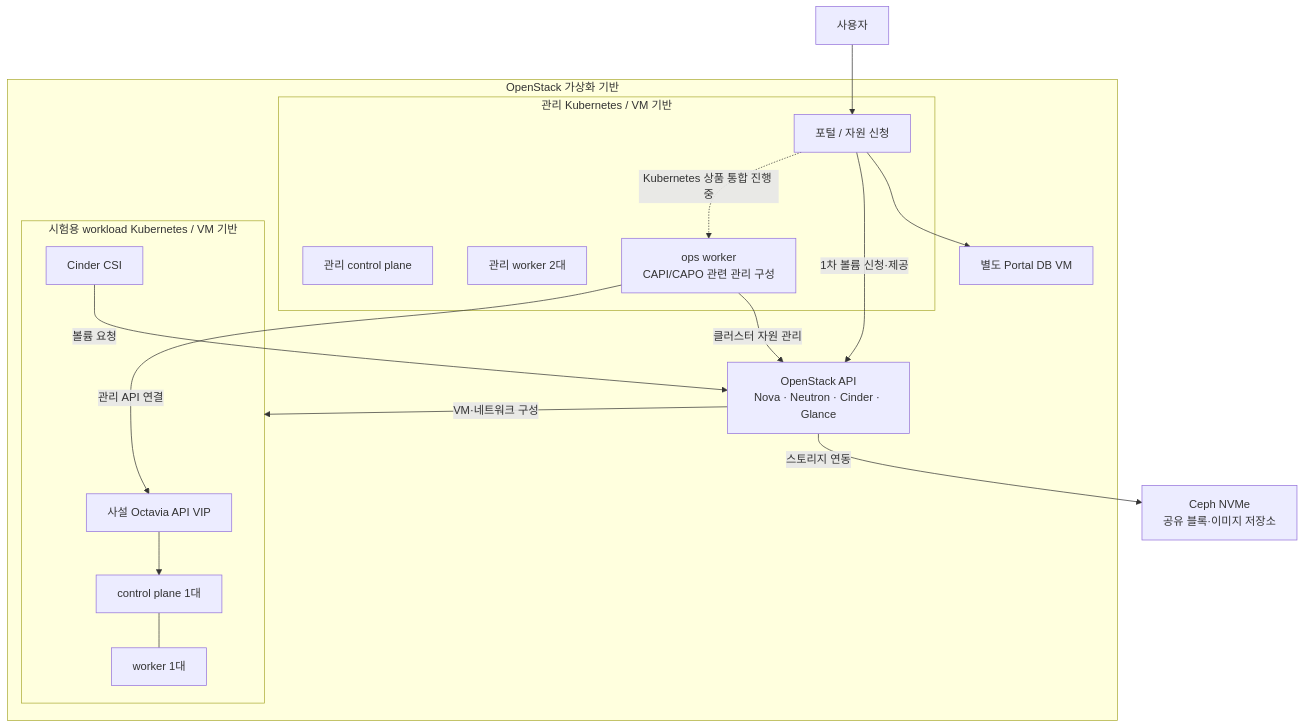
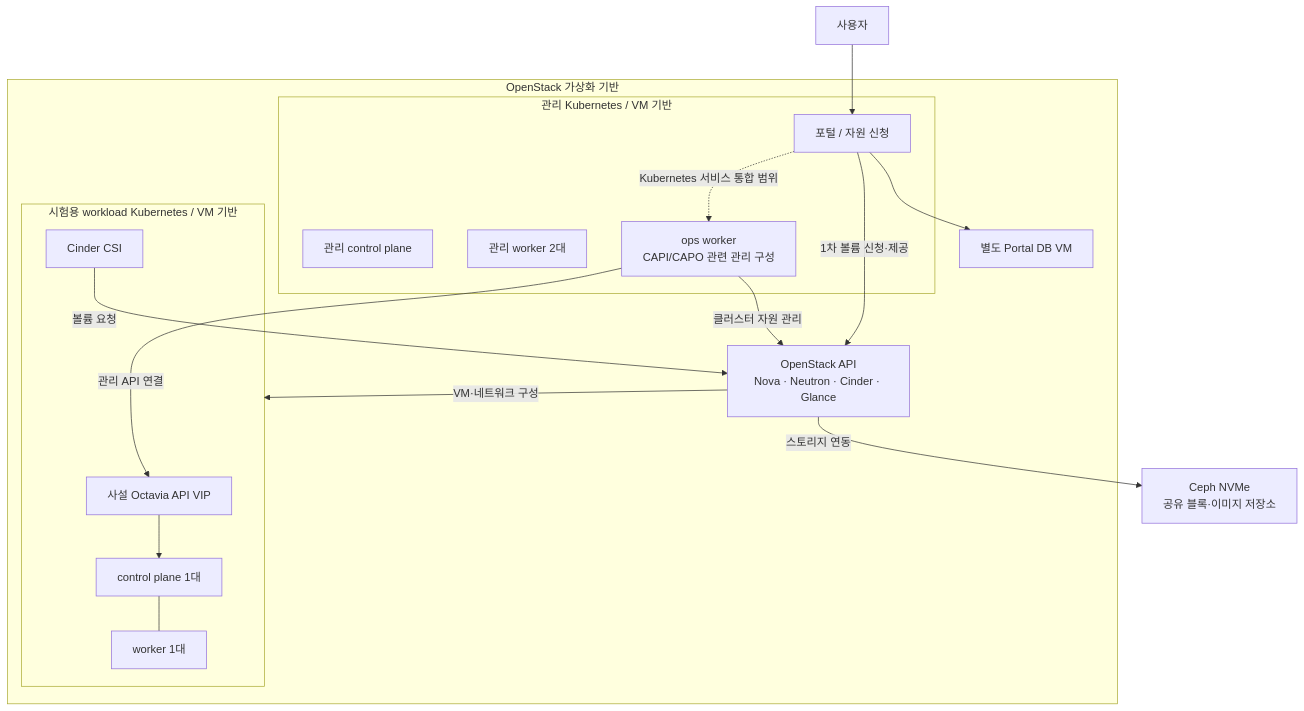
One commit to seungyeobchoi/portfolio changed the diagram in diagrams/02-openstack-kubernetes.md. Above: the diagram before and after it, drawn with Mermaid. The commit also changed other lines of this file and 9 other files, not shown here.

````diff
--- a/diagrams/02-openstack-kubernetes.md
+++ b/diagrams/02-openstack-kubernetes.md
@@ -5,32 +5,32 @@
 ```mermaid
 flowchart TB
     U["사용자"]
     subgraph OPENSTACK["OpenStack 가상화 기반"]
         API["OpenStack API<br/>Nova · Neutron · Cinder · Glance"]
         subgraph MGMT["관리 Kubernetes / VM 기반"]
             P["포털 / 자원 신청"]
             CP["관리 control plane"]
             W["관리 worker 2대"]
             OPS["ops worker<br/>CAPI/CAPO 관련 관리 구성"]
         end
         PDB["별도 Portal DB VM"]
         subgraph WORK["시험용 workload Kubernetes / VM 기반"]
             VIP["사설 Octavia API VIP"]
             WCP["control plane 1대"]
             WW["worker 1대"]
             CSI["Cinder CSI"]
         end
     end
     CEPH["Ceph NVMe<br/>공유 블록·이미지 저장소"]
     U --> P
     P --> PDB
     P -->|"1차 볼륨 신청·제공"| API
-    P -.->|"Kubernetes 상품 통합 진행 중"| OPS
+    P -.->|"Kubernetes 서비스 통합 범위"| OPS
     OPS -->|"클러스터 자원 관리"| API
     API -->|"VM·네트워크 구성"| WORK
     OPS -->|"관리 API 연결"| VIP
     VIP --> WCP
     WCP --- WW
     CSI -->|"볼륨 요청"| API
     API -->|"스토리지 연동"| CEPH
 ```
````
